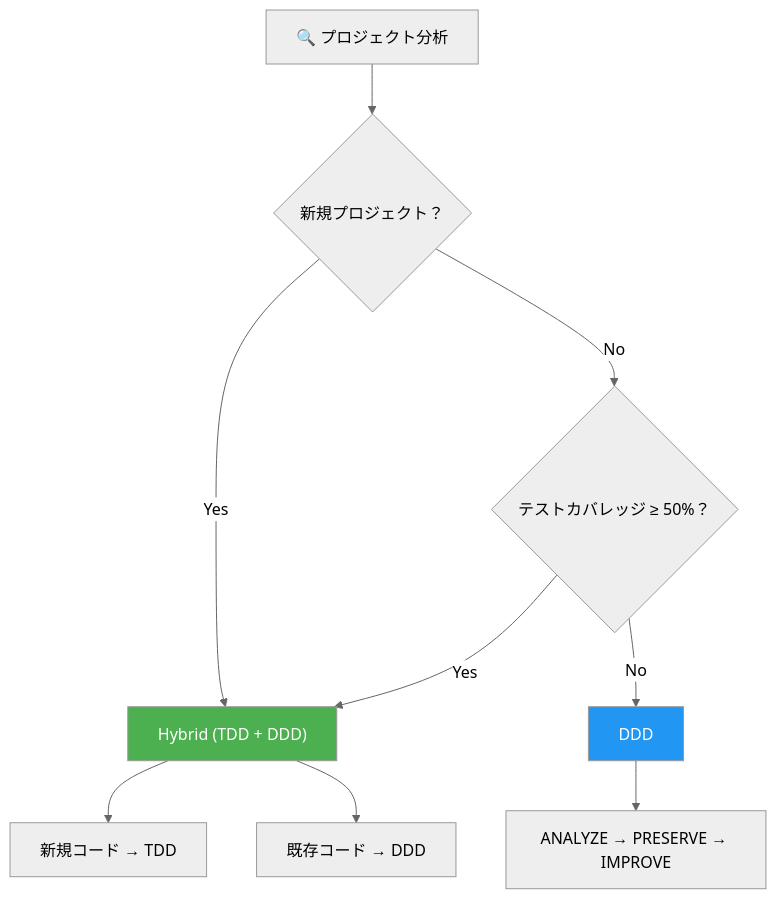
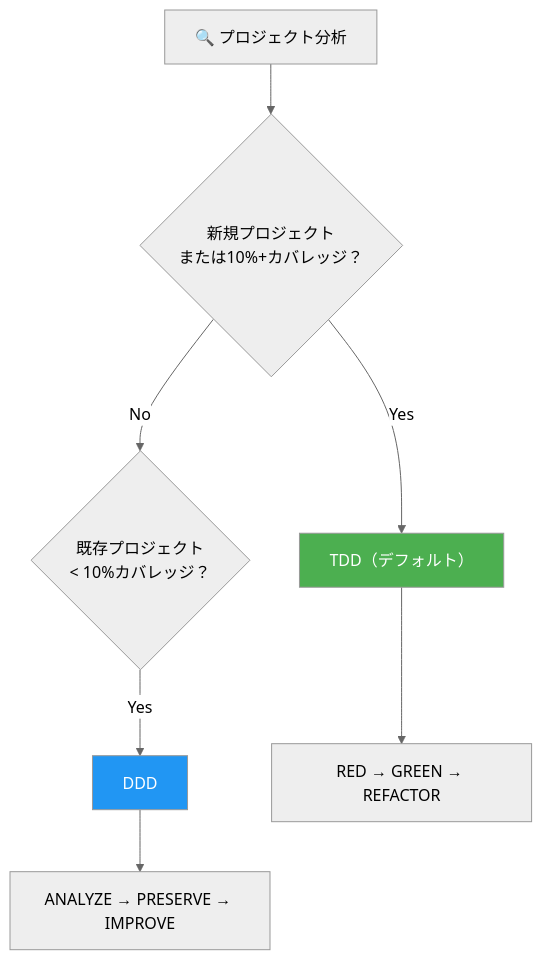
The second of 5 diagrams in README.ja.md (modu-ai/moai-adk), drawn with Mermaid (neutral theme) before and after one commit. The commit also changed other lines of this file and 56 other files, not shown here.

````diff
--- a/README.ja.md
+++ b/README.ja.md
@@ -147,14 +147,12 @@
 ```mermaid
 flowchart TD
-    A["🔍 プロジェクト分析"] --> B{"新規プロジェクト？"}
-    B -->|"Yes"| C["Hybrid (TDD + DDD)"]
-    B -->|"No"| D{"テストカバレッジ ≥ 50%？"}
-    D -->|"Yes"| C
-    D -->|"No"| E["DDD"]
-    C --> F["新規コード → TDD"]
-    C --> G["既存コード → DDD"]
-    E --> H["ANALYZE → PRESERVE → IMPROVE"]
+    A["🔍 プロジェクト分析"] --> B{"新規プロジェクト<br/>または10%+カバレッジ？"}
+    B -->|"Yes"| C["TDD（デフォルト）"]
+    B -->|"No"| D{"既存プロジェクト<br/>< 10%カバレッジ？"}
+    D -->|"Yes"| E["DDD"]
+    C --> F["RED → GREEN → REFACTOR"]
+    E --> G["ANALYZE → PRESERVE → IMPROVE"]
 
     style C fill:#4CAF50,color:#fff
     style E fill:#2196F3,color:#fff
 ```
````
